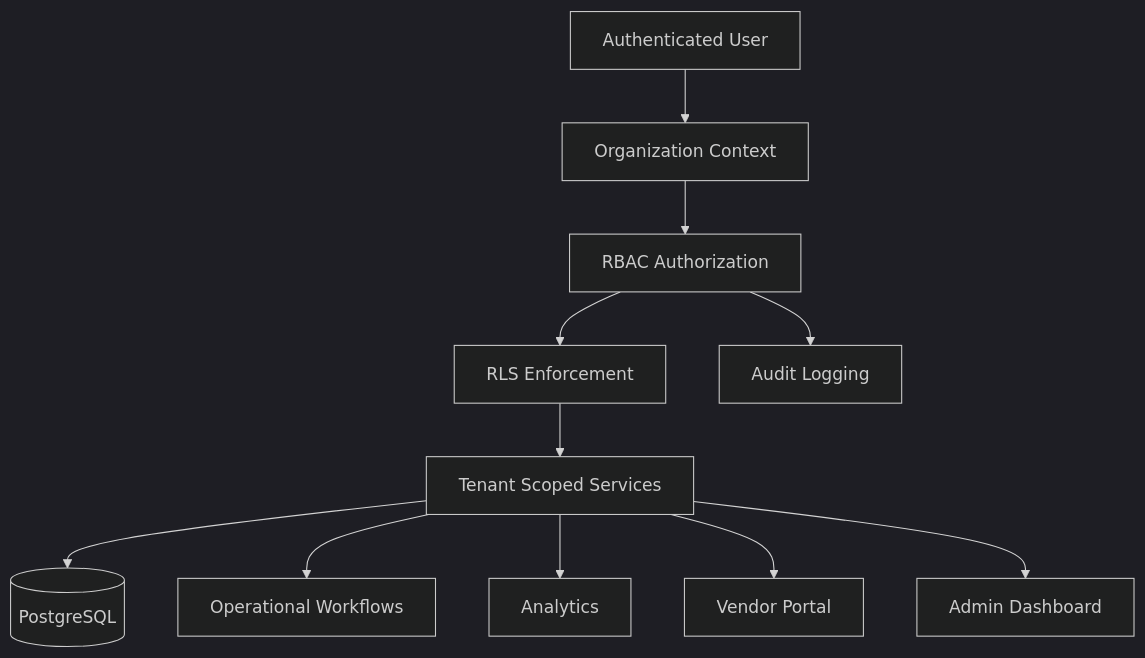
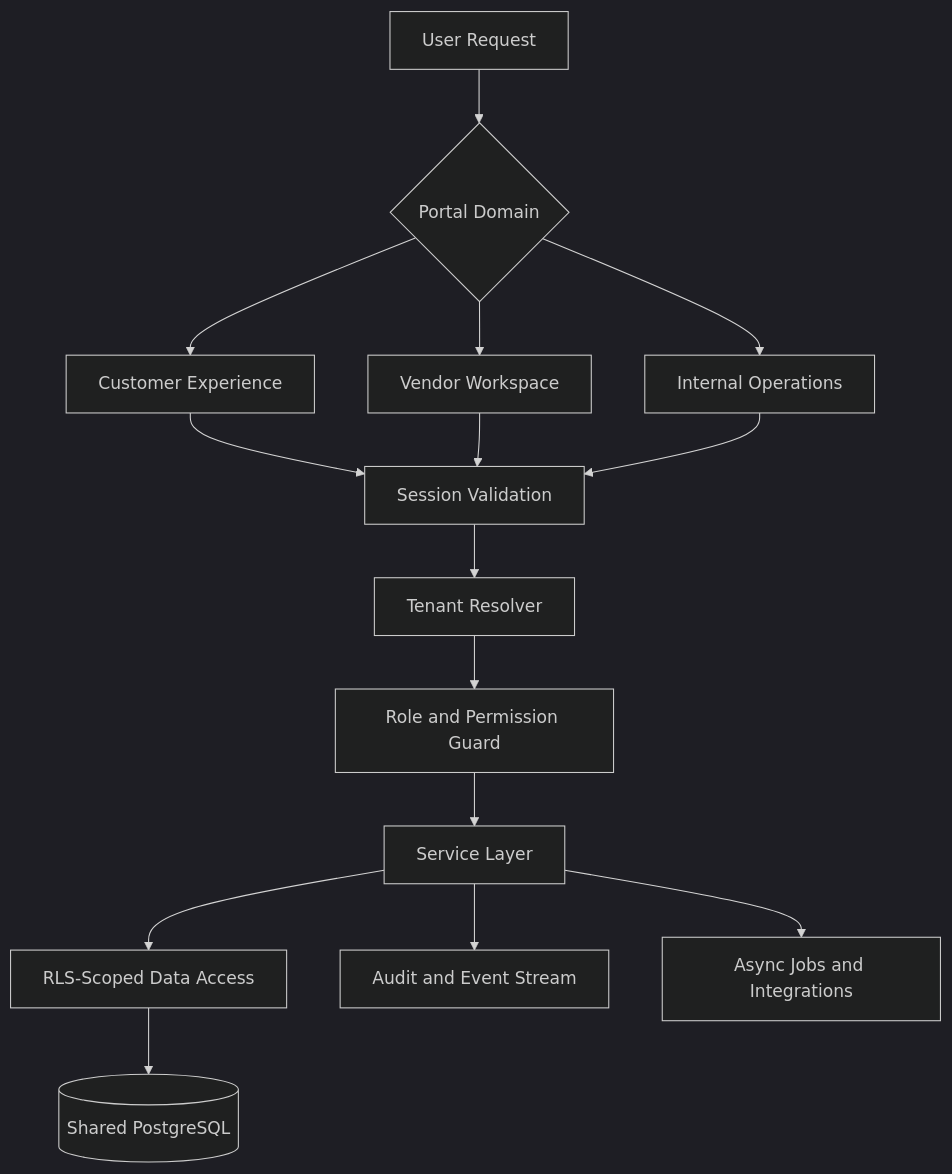
One commit to Ahsankhalid618/multi-tenant-saas-architecture changed the diagram in diagrams/tenant-architecture.md. Above: the diagram before and after it, drawn with Mermaid (dark theme). The commit also changed other lines of this file and 20 other files, not shown here.

````diff
--- a/diagrams/tenant-architecture.md
+++ b/diagrams/tenant-architecture.md
@@ -3,24 +3,22 @@
 ```mermaid
 flowchart TD
+A[User Request]
+--> B{Portal Domain}
 
-A[Authenticated User]
---> B[Organization Context]
+B --> C[Customer Experience]
+B --> D[Vendor Workspace]
+B --> E[Internal Operations]
 
-B --> C[RBAC Authorization]
+C --> F[Session Validation]
+D --> F
+E --> F
 
-C --> D[RLS Enforcement]
+F --> G[Tenant Resolver]
+G --> H[Role and Permission Guard]
+H --> I[Service Layer]
+I --> J[RLS-Scoped Data Access]
+J --> K[(Shared PostgreSQL)]
 
-D --> E[Tenant Scoped Services]
-
-E --> F[(PostgreSQL)]
-
-C --> G[Audit Logging]
-
-E --> H[Operational Workflows]
-
-E --> I[Analytics]
-
-E --> J[Vendor Portal]
-
-E --> K[Admin Dashboard]
+I --> L[Audit and Event Stream]
+I --> M[Async Jobs and Integrations]
 ```
````
